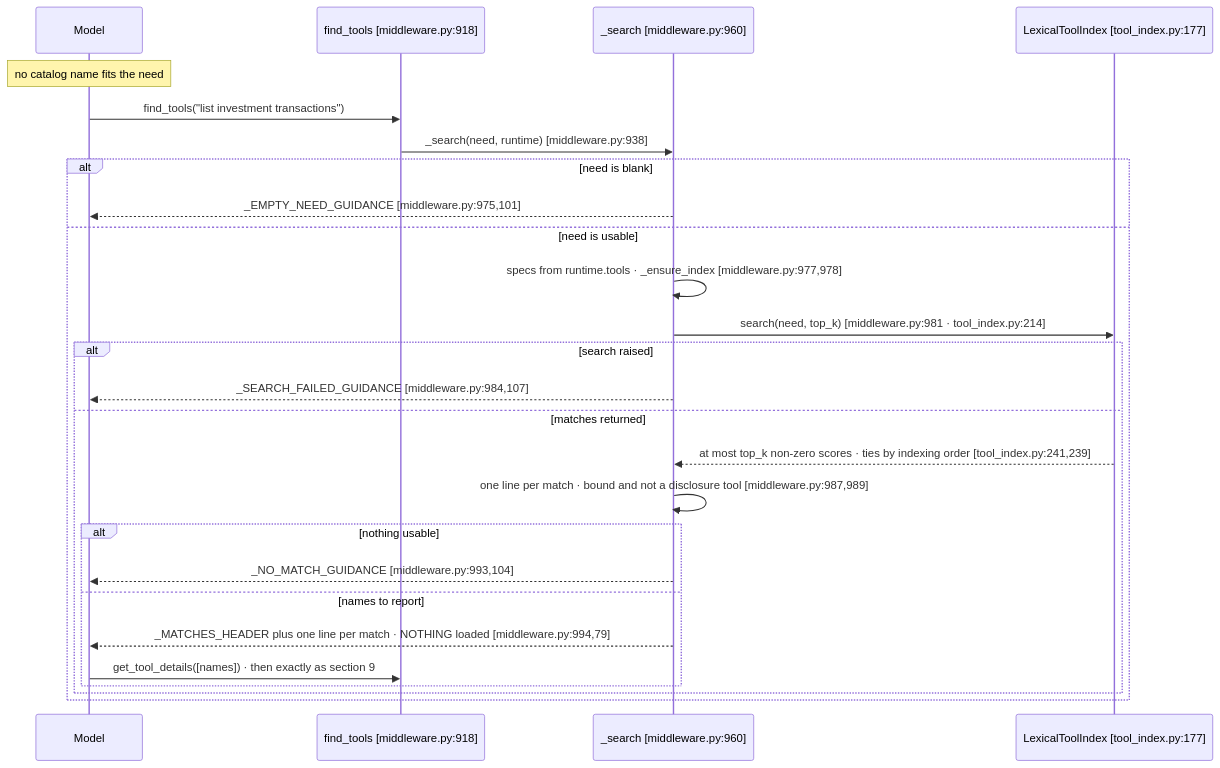
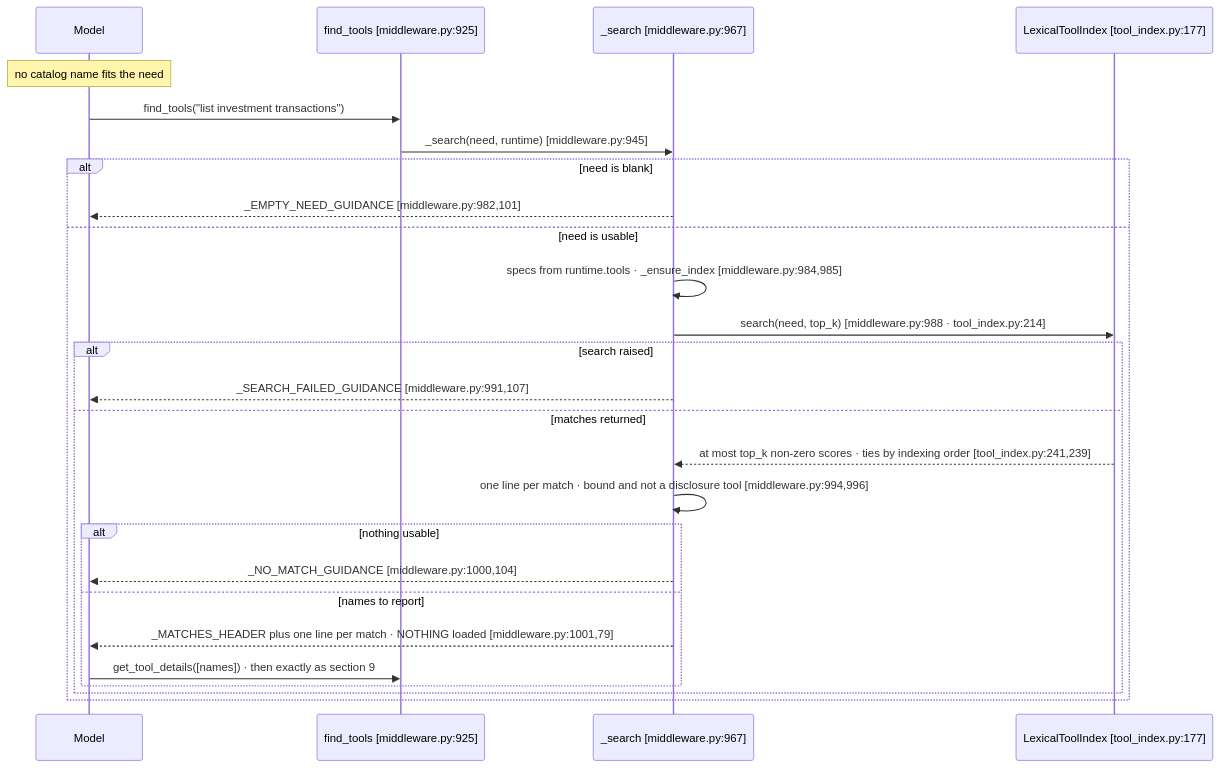
Before and after one commit to aws-samples/sample-context-engineering: the fifth of 7 diagrams in docs/design/sequence/langgraph/sequence-b-disclosure.md, drawn with Mermaid. The commit also changed other lines of this file and 4 other files, not shown here.

First line of the commit message:
docs(langgraph): benchmark result and diagrams re-anchored to the final code

````diff
--- a/docs/design/sequence/langgraph/sequence-b-disclosure.md
+++ b/docs/design/sequence/langgraph/sequence-b-disclosure.md
@@ -633,29 +696,29 @@
 ```mermaid
 sequenceDiagram
     participant Model
-    participant Tool as find_tools [middleware.py:918]
-    participant MW as _search [middleware.py:960]
+    participant Tool as find_tools [middleware.py:925]
+    participant MW as _search [middleware.py:967]
     participant Idx as LexicalToolIndex [tool_index.py:177]
 
     Note over Model: no catalog name fits the need
     Model->>Tool: find_tools("list investment transactions")
-    Tool->>MW: _search(need, runtime) [middleware.py:938]
+    Tool->>MW: _search(need, runtime) [middleware.py:945]
     alt need is blank
-        MW-->>Model: _EMPTY_NEED_GUIDANCE [middleware.py:975,101]
+        MW-->>Model: _EMPTY_NEED_GUIDANCE [middleware.py:982,101]
     else need is usable
-        MW->>MW: specs from runtime.tools · _ensure_index [middleware.py:977,978]
-        MW->>Idx: search(need, top_k) [middleware.py:981 · tool_index.py:214]
+        MW->>MW: specs from runtime.tools · _ensure_index [middleware.py:984,985]
+        MW->>Idx: search(need, top_k) [middleware.py:988 · tool_index.py:214]
         alt search raised
-            MW-->>Model: _SEARCH_FAILED_GUIDANCE [middleware.py:984,107]
+            MW-->>Model: _SEARCH_FAILED_GUIDANCE [middleware.py:991,107]
         else matches returned
             Idx-->>MW: at most top_k non-zero scores · ties by indexing order [tool_index.py:241,239]
-            MW->>MW: one line per match · bound and not a disclosure tool [middleware.py:987,989]
+            MW->>MW: one line per match · bound and not a disclosure tool [middleware.py:994,996]
             alt nothing usable
-                MW-->>Model: _NO_MATCH_GUIDANCE [middleware.py:993,104]
+                MW-->>Model: _NO_MATCH_GUIDANCE [middleware.py:1000,104]
             else names to report
-                MW-->>Model: _MATCHES_HEADER plus one line per match · NOTHING loaded [middleware.py:994,79]
+                MW-->>Model: _MATCHES_HEADER plus one line per match · NOTHING loaded [middleware.py:1001,79]
                 Model->>Tool: get_tool_details([names]) · then exactly as section 9
             end
         end
     end
 ```
````
